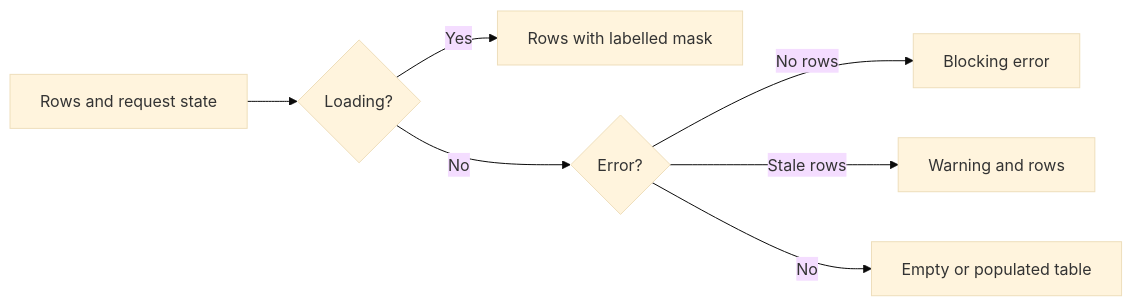
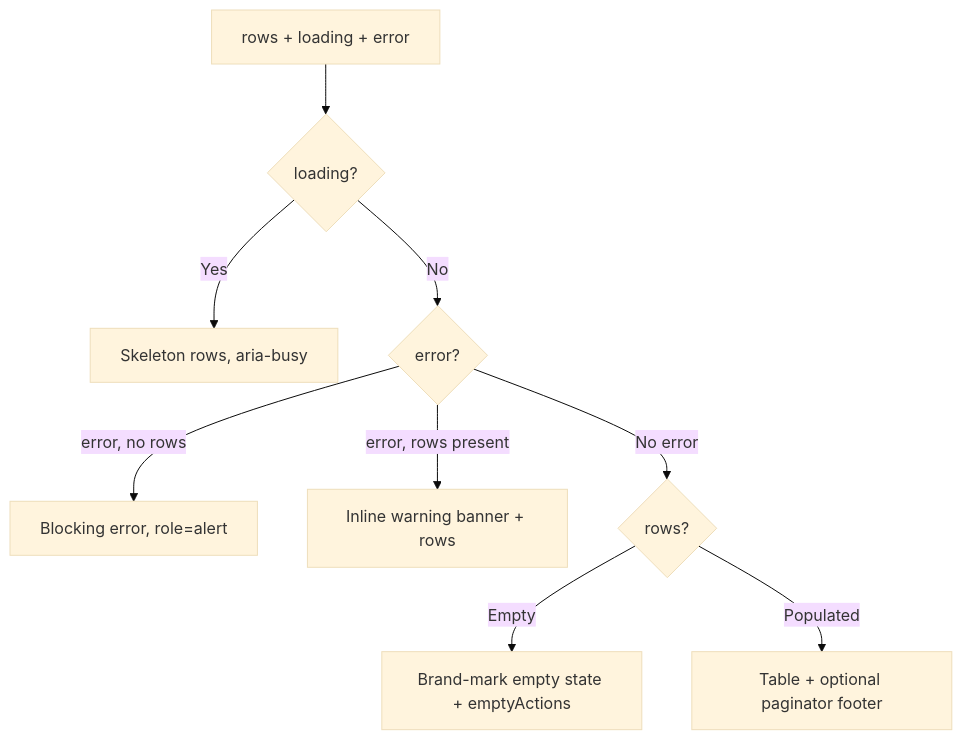
Before and after one commit to johnakisk0700/slopform: the diagram in docs/frontend/components/jts-data-table.md, drawn with Mermaid (base theme). The commit also changed other lines of this file and 96 other files, not shown here.

````diff
--- a/docs/frontend/components/jts-data-table.md
+++ b/docs/frontend/components/jts-data-table.md
@@ -21,9 +51,11 @@
 ```mermaid
-flowchart LR
-  State["Rows and request state"] --> Loading{"Loading?"}
-  Loading -->|Yes| Mask["Rows with labelled mask"]
-  Loading -->|No| Error{"Error?"}
-  Error -->|No rows| Block["Blocking error"]
-  Error -->|Stale rows| Warn["Warning and rows"]
-  Error -->|No| Ready["Empty or populated table"]
+flowchart TD
+  In["rows + loading + error"] --> L{"loading?"}
+  L -->|Yes| Skel["Skeleton rows, aria-busy"]
+  L -->|No| E{"error?"}
+  E -->|"error, no rows"| Full["Blocking error, role=alert"]
+  E -->|"error, rows present"| Warn["Inline warning banner + rows"]
+  E -->|No error| R{"rows?"}
+  R -->|Empty| Empty["Brand-mark empty state + emptyActions"]
+  R -->|Populated| Table["Table + optional paginator footer"]
 ```
````
